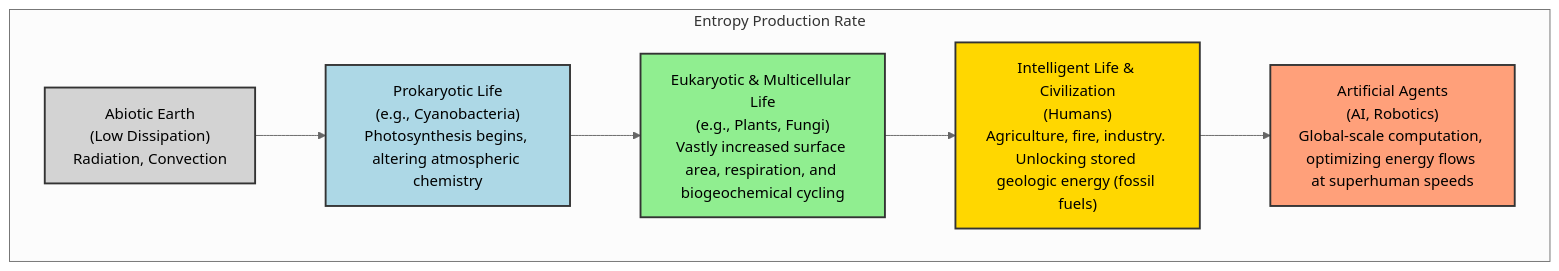
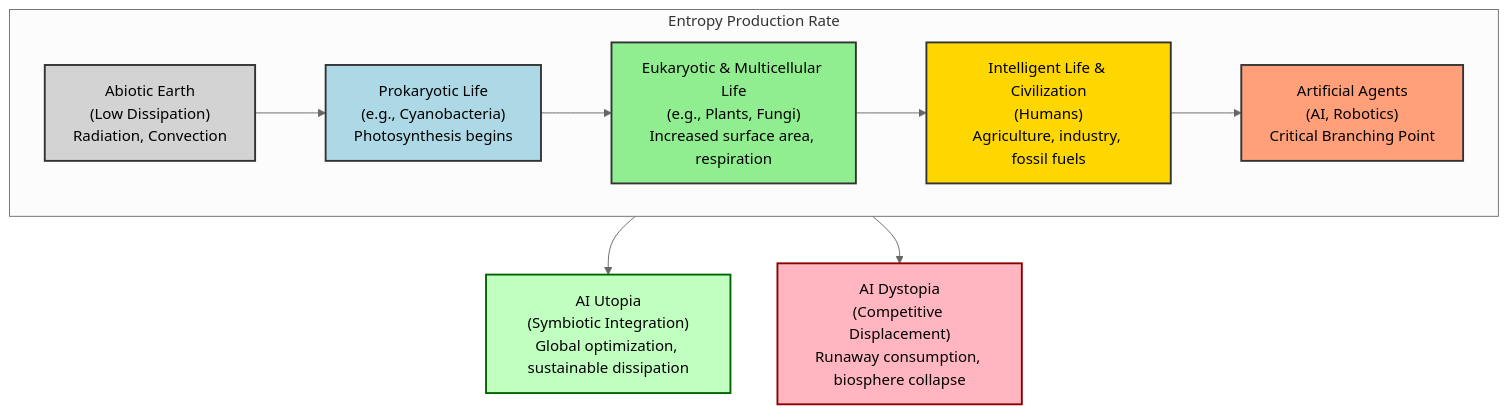
One commit to Felipegalind0/Thermodynamic-Evolution changed the first of 2 diagrams in paper_draft.md. Above: the diagram before and after it, drawn with Mermaid (neutral theme). The commit also changed other lines of this file, not shown here.

Commit message:
fix graphs, theory

````diff
--- a/paper_draft.md
+++ b/paper_draft.md
@@ -37,18 +28,22 @@
 ```mermaid
 graph TD
-    A["Abiotic Earth<br>(Low Dissipation)<br>Radiation, Convection"] --> B["Prokaryotic Life<br>(e.g., Cyanobacteria)<br>Photosynthesis begins, altering atmospheric chemistry"];
-    B --> C["Eukaryotic & Multicellular Life<br>(e.g., Plants, Fungi)<br>Vastly increased surface area, respiration, and biogeochemical cycling"];
-    C --> D["Intelligent Life & Civilization<br>(Humans)<br>Agriculture, fire, industry. Unlocking stored geologic energy (fossil fuels)"];
-    D --> E["Artificial Agents<br>(AI, Robotics)<br>Global-scale computation, optimizing energy flows at superhuman speeds"];
+    A["Abiotic Earth<br>(Low Dissipation)<br>Radiation, Convection"] --> B["Prokaryotic Life<br>(e.g., Cyanobacteria)<br>Photosynthesis begins"];
+    B --> C["Eukaryotic & Multicellular Life<br>(e.g., Plants, Fungi)<br>Increased surface area, respiration"];
+    C --> D["Intelligent Life & Civilization<br>(Humans)<br>Agriculture, industry, fossil fuels"];
+    D --> E["Artificial Agents<br>(AI, Robotics)<br>Critical Branching Point"];
+    E --> F["AI Utopia<br>(Symbiotic Integration)<br>Global optimization, sustainable dissipation"];
+    E --> G["AI Dystopia<br>(Competitive Displacement)<br>Runaway consumption, biosphere collapse"];
 
     subgraph "Entropy Production Rate"
         direction LR
         A; B; C; D; E;
     end
 
     style A fill:#D3D3D3,stroke:#333,stroke-width:2px,color:#000
     style B fill:#ADD8E6,stroke:#333,stroke-width:2px,color:#000
     style C fill:#90EE90,stroke:#333,stroke-width:2px,color:#000
     style D fill:#FFD700,stroke:#333,stroke-width:2px,color:#000
     style E fill:#FFA07A,stroke:#333,stroke-width:2px,color:#000
+    style F fill:#C1FFC1,stroke:#006400,stroke-width:2px,color:#000
+    style G fill:#FFB6C1,stroke:#8B0000,stroke-width:2px,color:#000
 ```
````
